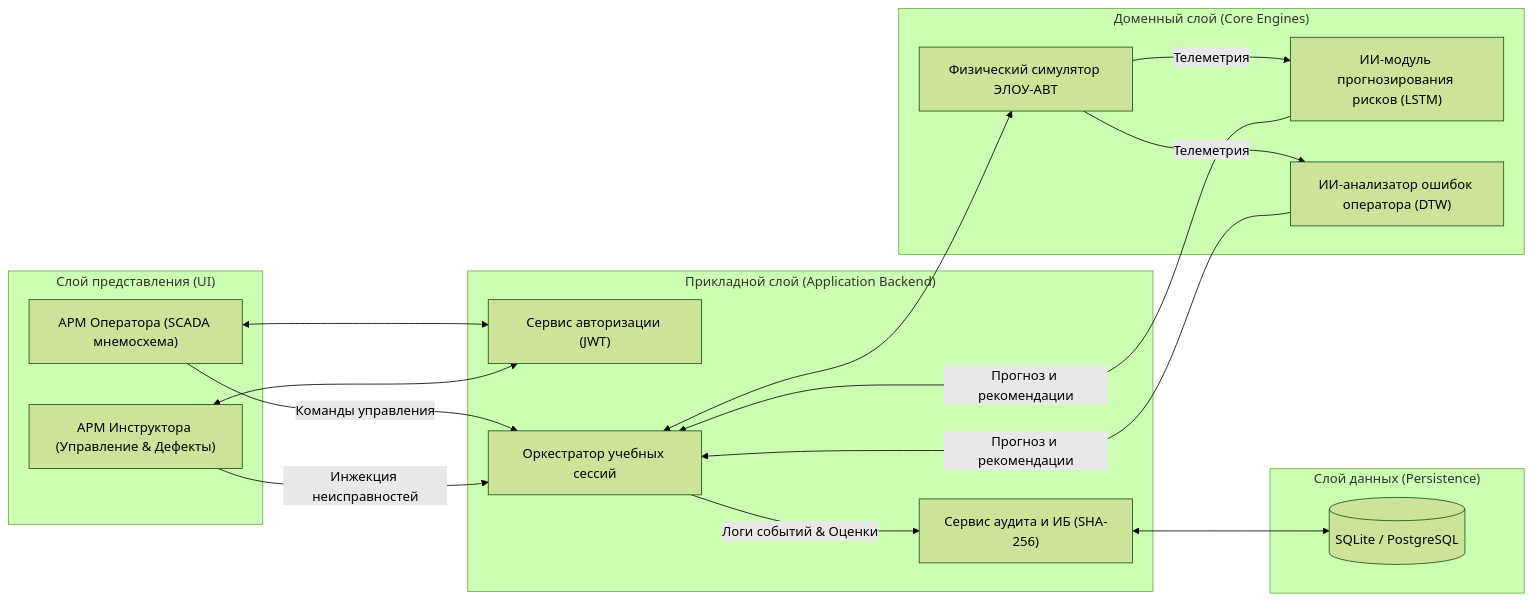
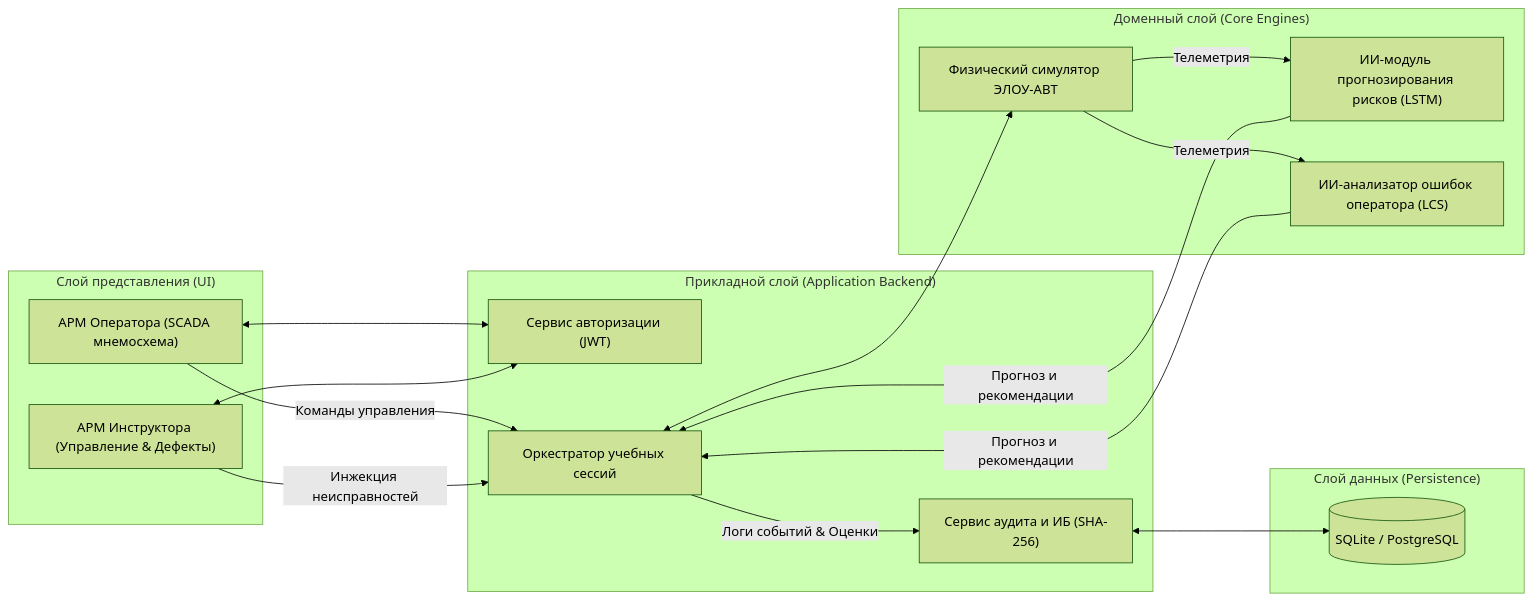
Before and after one commit to Arladnice/elou-avt-smart-tutor: the second of 5 diagrams in docs/solution_architecture.md, drawn with Mermaid (forest theme). The commit also changed other lines of this file and 256 other files, not shown here.

````diff
--- a/docs/solution_architecture.md
+++ b/docs/solution_architecture.md
@@ -68,32 +68,32 @@
 ```mermaid
 graph LR
     subgraph UI_Layer["Слой представления (UI)"]
         OperatorARM["АРМ Оператора (SCADA мнемосхема)"]
         InstructorARM["АРМ Инструктора (Управление & Дефекты)"]
     end
 
     subgraph App_Layer["Прикладной слой (Application Backend)"]
         AuthService["Сервис авторизации (JWT)"]
         SessionMgr["Оркестратор учебных сессий"]
         AuditService["Сервис аудита и ИБ (SHA-256)"]
     end
 
     subgraph Domain_Layer["Доменный слой (Core Engines)"]
         PhysicsEngine["Физический симулятор ЭЛОУ-АВТ"]
         AIEngine["ИИ-модуль прогнозирования рисков (LSTM)"]
-        DTWAnalyzer["ИИ-анализатор ошибок оператора (DTW)"]
+        LCSAnalyzer["ИИ-анализатор ошибок оператора (LCS)"]
     end
 
     subgraph Data_Layer["Слой данных (Persistence)"]
         DB[(SQLite / PostgreSQL)]
     end
 
     OperatorARM & InstructorARM <--> AuthService
     OperatorARM -->|Команды управления| SessionMgr
     InstructorARM -->|Инжекция неисправностей| SessionMgr
     SessionMgr <--> PhysicsEngine
-    PhysicsEngine -->|Телеметрия| AIEngine & DTWAnalyzer
-    AIEngine & DTWAnalyzer -->|Прогноз и рекомендации| SessionMgr
+    PhysicsEngine -->|Телеметрия| AIEngine & LCSAnalyzer
+    AIEngine & LCSAnalyzer -->|Прогноз и рекомендации| SessionMgr
     SessionMgr -->|Логи событий & Оценки| AuditService
     AuditService <--> DB
 ```
````
